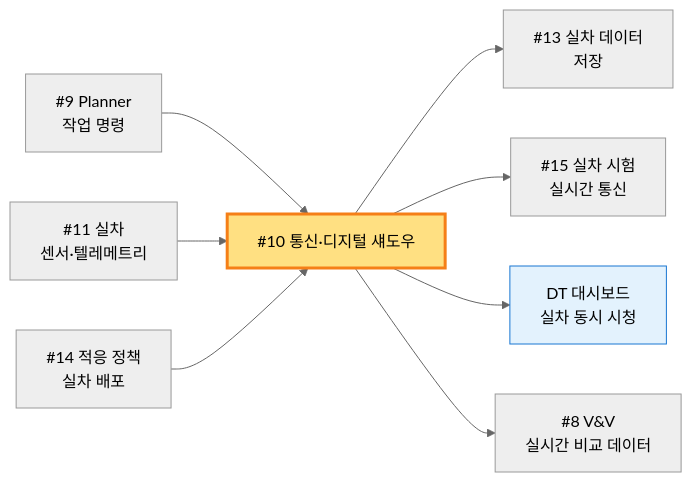
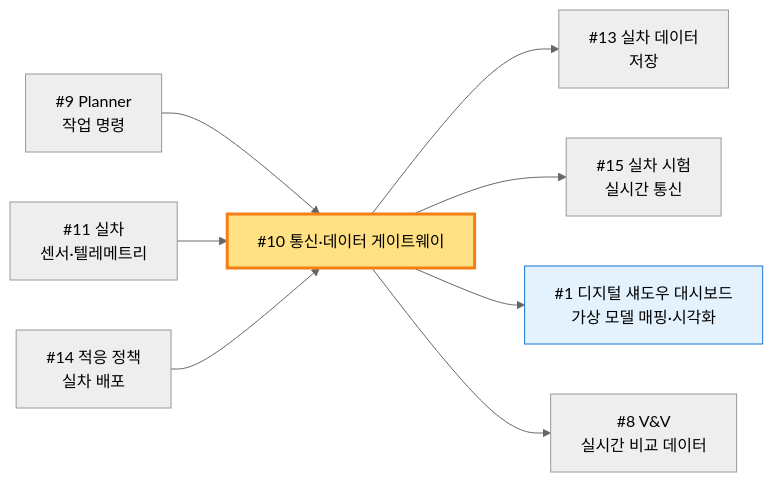
One commit to rebirther00/report changed the tenth of 15 diagrams in 11. DT/항목별_연계_다이어그램_v1.md. Above: the diagram before and after it, drawn with Mermaid (neutral theme). The commit also changed other lines of this file and 3 other files, not shown here.

First line of the commit message:
디지털 섀도우 시각화 → #1 이전 — 4개 동반 문서 동기화

````diff
--- a/11. DT/항목별_연계_다이어그램_v1.md
+++ b/11. DT/항목별_연계_다이어그램_v1.md
@@ -231,14 +231,14 @@
 ```mermaid
 graph LR
     I9[#9 Planner<br/>작업 명령] --> X
     I11[#11 실차<br/>센서·텔레메트리] --> X
     I14_pol[#14 적응 정책<br/>실차 배포] --> X
     
-    X[#10 통신·디지털 섀도우] --> I13[#13 실차 데이터<br/>저장]
+    X[#10 통신·데이터 게이트웨이] --> I13[#13 실차 데이터<br/>저장]
     X --> I15[#15 실차 시험<br/>실시간 통신]
-    X --> I_dash[DT 대시보드<br/>실차 동시 시청]
+    X --> I1_dash[#1 디지털 섀도우 대시보드<br/>가상 모델 매핑·시각화]
     X --> I8_data[#8 V&V<br/>실시간 비교 데이터]
     
     style X fill:#FFE082,stroke:#F57F17,stroke-width:3px
-    style I_dash fill:#E3F2FD,stroke:#1976D2
+    style I1_dash fill:#E3F2FD,stroke:#1976D2
 ```
````
